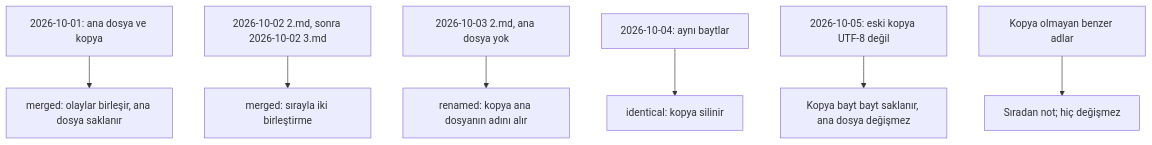
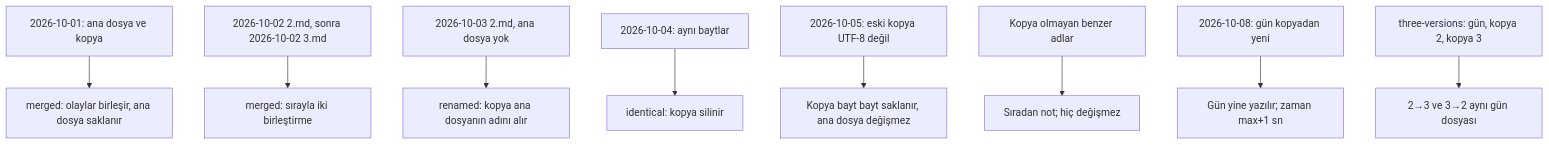
One commit to dogancanyildiz/kenet changed diagram 11 of 11 in docs/fixtures.md. Above: the diagram before and after it, drawn with Mermaid. The commit also changed other lines of this file and 19 other files, not shown here.

Commit message:
feat: birleşmiş gün dosyasının zamanı max+1 sn; gün kopyası birleştirmesi .merge niyetiyle koordine edilir (#238)

````diff
--- a/docs/fixtures.md
+++ b/docs/fixtures.md
@@ -1134,9 +1134,11 @@
 ```mermaid
 flowchart TD
   D1["2026-10-01: ana dosya ve kopya"] --> R1["merged: olaylar birleşir, ana dosya saklanır"]
   D2["2026-10-02 2.md, sonra 2026-10-02 3.md"] --> R2["merged: sırayla iki birleştirme"]
   D3["2026-10-03 2.md, ana dosya yok"] --> R3["renamed: kopya ana dosyanın adını alır"]
   D4["2026-10-04: aynı baytlar"] --> R4["identical: kopya silinir"]
   D5["2026-10-05: eski kopya UTF-8 değil"] --> R5["Kopya bayt bayt saklanır, ana dosya değişmez"]
   D6["Kopya olmayan benzer adlar"] --> R6["Sıradan not; hiç değişmez"]
+  D7["2026-10-08: gün kopyadan yeni"] --> R7["Gün yine yazılır; zaman max+1 sn"]
+  D8["three-versions: gün, kopya 2, kopya 3"] --> R8["2→3 ve 3→2 aynı gün dosyası"]
 ```
````
